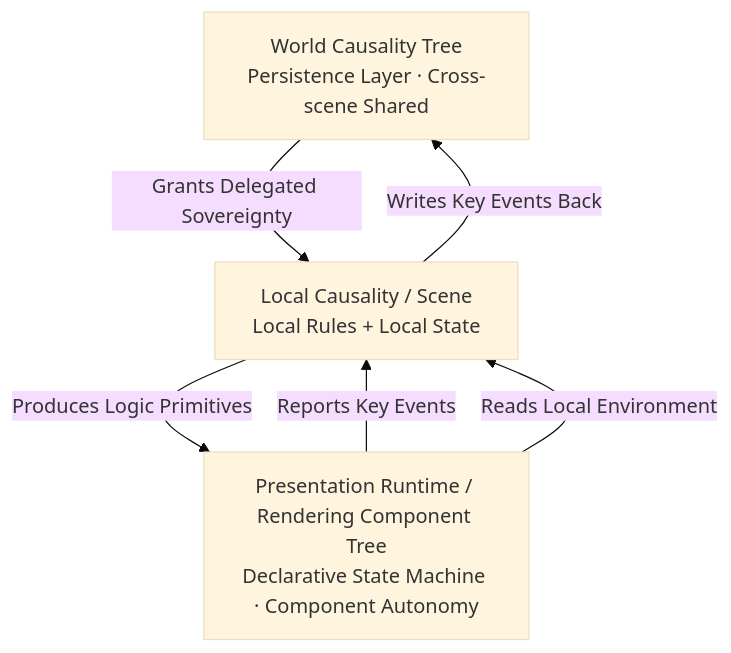
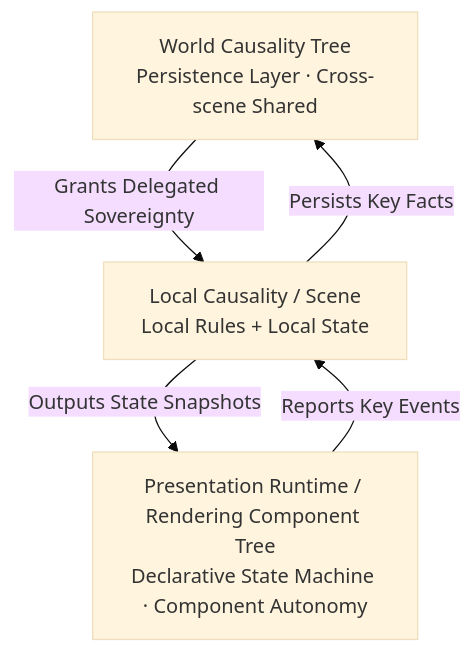
One commit to shixiangxi0/Cobweb changed the diagram in README.md. Above: the diagram before and after it, drawn with Mermaid (base theme). The commit also changed other lines of this file and 5 other files, not shown here.

````diff
--- a/README.md
+++ b/README.md
@@ -104,9 +104,8 @@
 ```mermaid
 graph TD
     A[World Causality Tree<br/>Persistence Layer · Cross-scene Shared]
     A -->|Grants Delegated Sovereignty| B[Local Causality / Scene<br/>Local Rules + Local State]
-    B -->|Writes Key Events Back| A
-    B -->|Produces Logic Primitives| C[Presentation Runtime / Rendering Component Tree<br/>Declarative State Machine · Component Autonomy]
+    B -->|Persists Key Facts| A
+    B -->|Outputs State Snapshots| C[Presentation Runtime / Rendering Component Tree<br/>Declarative State Machine · Component Autonomy]
     C -->|Reports Key Events| B
-    C -->|Reads Local Environment| B
 ```
````
